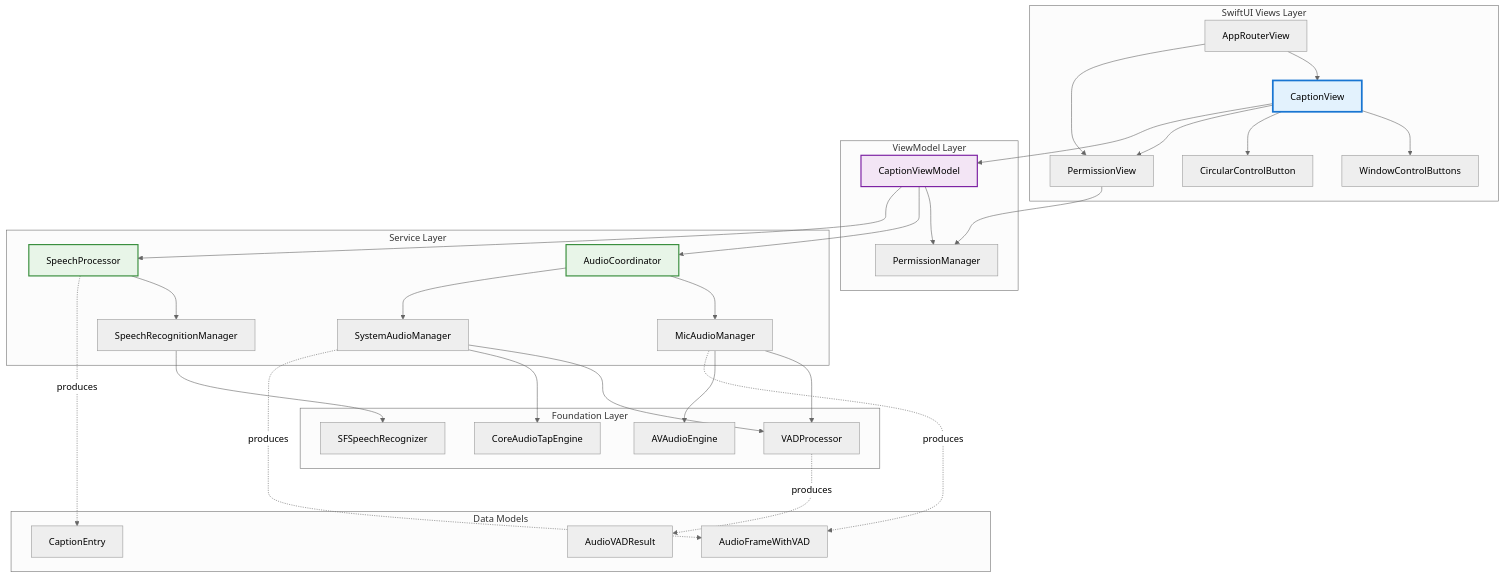
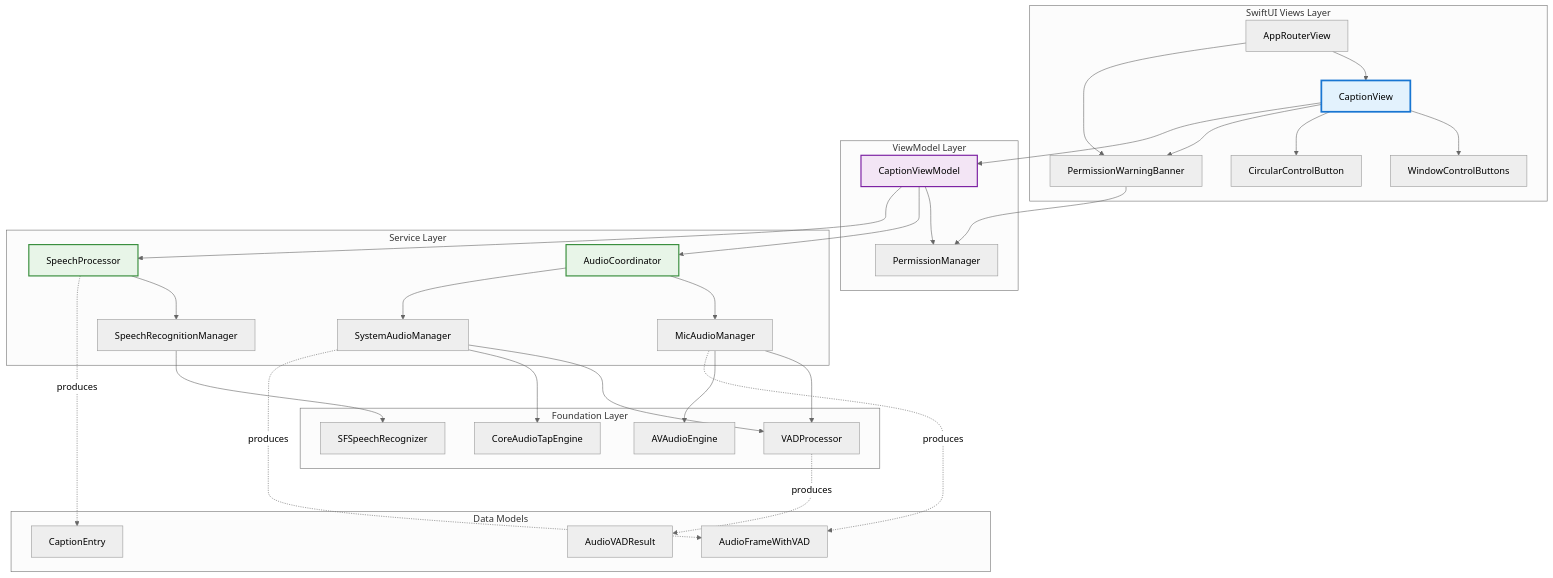
One commit to wayne-xyz/Livcap changed the first of 4 diagrams in Livcap-Architecture.md. Above: the diagram before and after it, drawn with Mermaid (neutral theme). The commit also changed other lines of this file and 6 other files, not shown here.

````diff
--- a/Livcap-Architecture.md
+++ b/Livcap-Architecture.md
@@ -26,48 +26,48 @@
 ```mermaid
 graph TD
     subgraph "SwiftUI Views Layer"
         A[CaptionView] --> B[WindowControlButtons]
         A --> C[CircularControlButton]
-        A --> D[PermissionView]
+        A --> D[PermissionWarningBanner]
         E[AppRouterView] --> A
         E --> D
     end
     
     subgraph "ViewModel Layer"
         F[CaptionViewModel] --> G[PermissionManager]
         A --> F
         D --> G
     end
     
     subgraph "Service Layer"
         F --> H[AudioCoordinator]
         F --> I[SpeechProcessor]
         H --> J[MicAudioManager]
         H --> K[SystemAudioManager]
         I --> L[SpeechRecognitionManager]
     end
     
     subgraph "Foundation Layer"
         J --> M[VADProcessor]
         K --> M
         K --> N[CoreAudioTapEngine]
         L --> O[SFSpeechRecognizer]
         J --> P[AVAudioEngine]
     end
     
     subgraph "Data Models"
         Q[CaptionEntry]
         R[AudioFrameWithVAD]
         S[AudioVADResult]
     end
     
     I -.->|produces| Q
     J -.->|produces| R
     K -.->|produces| R
     M -.->|produces| S
     
     style A fill:#e3f2fd,stroke:#1976d2,stroke-width:3px
     style F fill:#f3e5f5,stroke:#7b1fa2,stroke-width:2px
     style H fill:#e8f5e8,stroke:#388e3c,stroke-width:2px
     style I fill:#e8f5e8,stroke:#388e3c,stroke-width:2px
 ```
````
